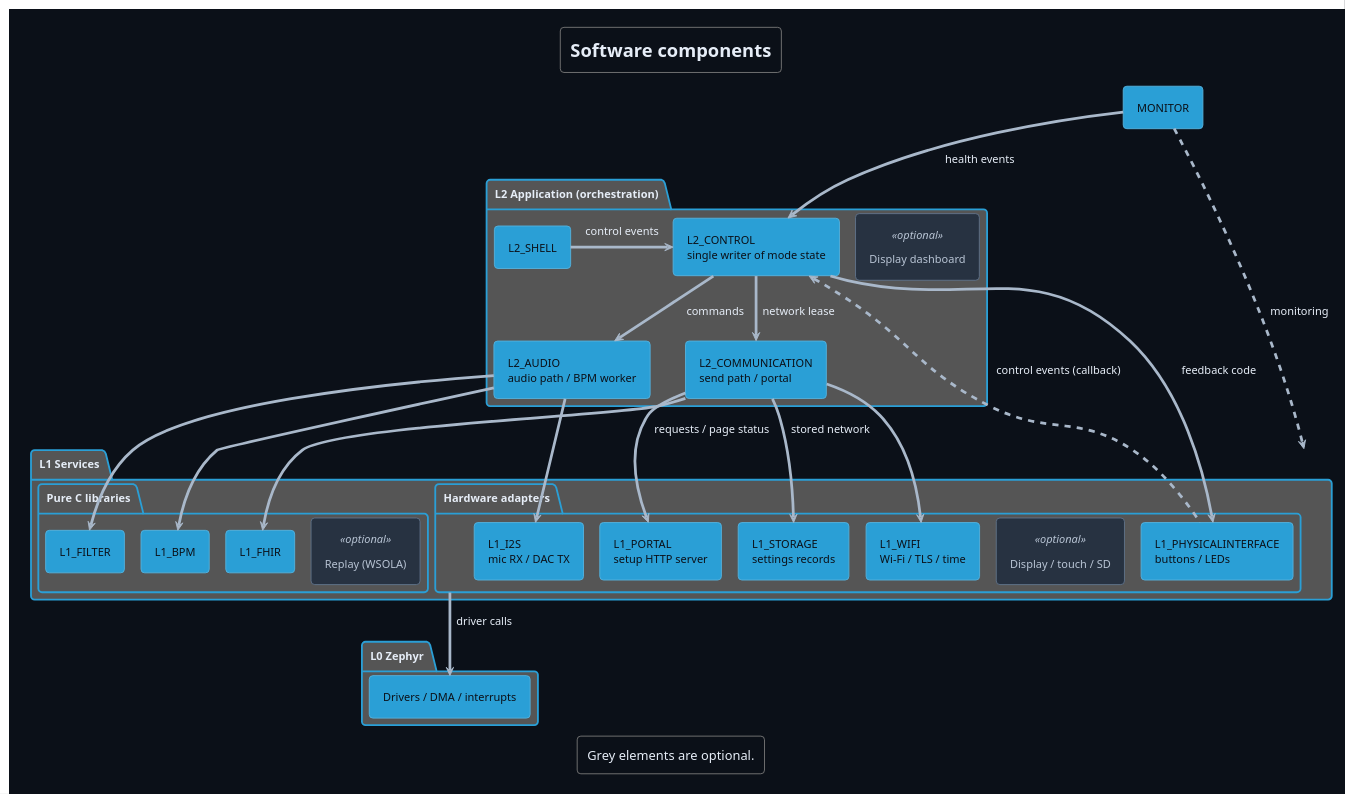
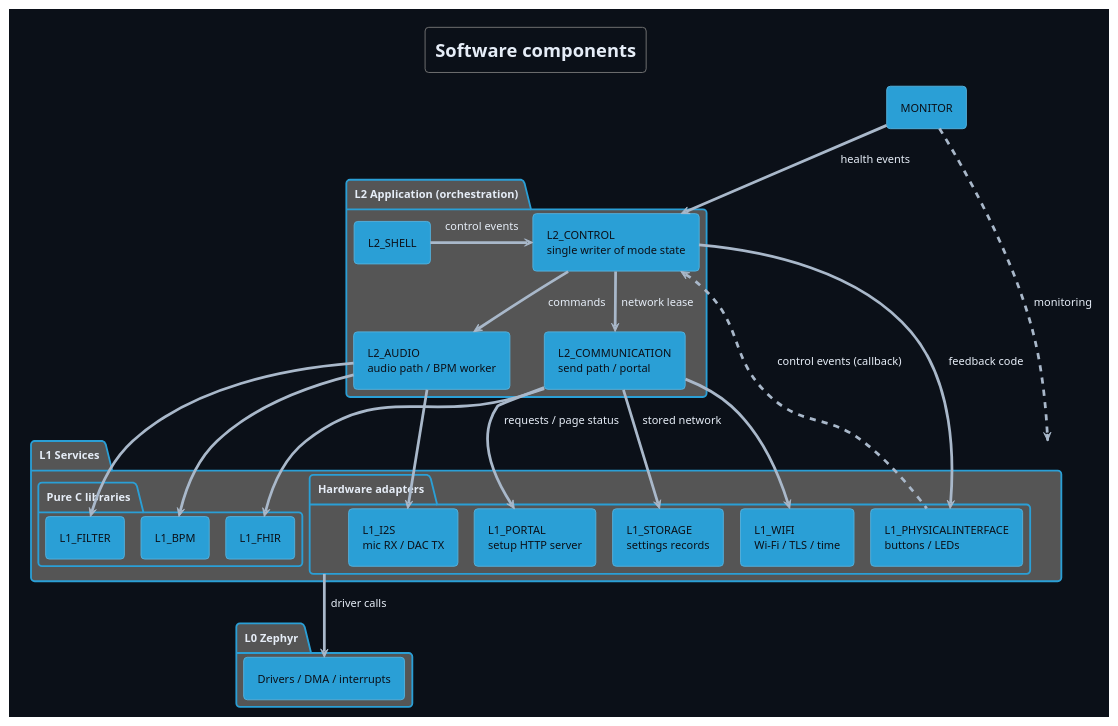
The diagram in Development/system/architecture/system/puml/software-components.puml (DemonicPsychoII/DigitalStethoscope), drawn with PlantUML before and after one commit. The commit also changed 24 other files, not shown here.

First line of the commit message:
documentation: remove the functions outside the product from the architecture views

```diff
--- a/Development/system/architecture/system/puml/software-components.puml
+++ b/Development/system/architecture/system/puml/software-components.puml
@@ -1,76 +1,67 @@
 @startuml software_components
 !theme cyborg
 !pragma layout smetana
 skinparam shadowing false
 skinparam backgroundColor #0b1018
 skinparam defaultFontColor #e6edf7
 skinparam ArrowColor #a9b8ca
 skinparam component {
  FontColor #0b1018
  BackgroundColor<<optional>> #273241
  BorderColor<<optional>> #61738a
  FontColor<<optional>> #b8c4d4
 }
 skinparam artifact {
  BackgroundColor<<optional>> #273241
  BorderColor<<optional>> #61738a
  FontColor<<optional>> #b8c4d4
 }
 skinparam componentStyle rectangle
 skinparam defaultFontName SansSerif
 title Software components
 top to bottom direction
 component "MONITOR" as mon
 package "L2 Application (orchestration)" as app {
  component "L2_SHELL" as shell
  component "L2_CONTROL\nsingle writer of mode state" as ctl
  component "L2_AUDIO\naudio path / BPM worker" as aud
  component "L2_COMMUNICATION\nsend path / portal" as com
- component "Display dashboard" as ui <<optional>>
  shell -[hidden]right-> ctl
- ctl -[hidden]right-> ui
 }
 package "L1 Services" as services {
  package "Hardware adapters" as adapters {
   component "L1_PHYSICALINTERFACE\nbuttons / LEDs" as phy
   component "L1_I2S\nmic RX / DAC TX" as i2s
   component "L1_WIFI\nWi-Fi / TLS / time" as wifi
   component "L1_PORTAL\nsetup HTTP server" as portal
   component "L1_STORAGE\nsettings records" as storage
-  component "Display / touch / SD" as spi <<optional>>
   phy -[hidden]right-> i2s
   i2s -[hidden]right-> wifi
-  wifi -[hidden]right-> spi
  }
  package "Pure C libraries" as libs {
   component "L1_FILTER" as filter
   component "L1_BPM" as bpm
   component "L1_FHIR" as fhir
-  component "Replay (WSOLA)" as wsola <<optional>>
   filter -[hidden]right-> bpm
   bpm -[hidden]right-> fhir
-  fhir -[hidden]right-> wsola
  }
 }
 package "L0 Zephyr" as platform {
  component "Drivers / DMA / interrupts" as zephyr
 }
 shell -right-> ctl : control events
 ctl -down-> phy : feedback code
 phy .up.> ctl : control events (callback)
 ctl -down-> aud : commands
 ctl -down-> com : network lease
 aud -down-> i2s
 aud -down-> filter
 aud -down-> bpm
 com -down-> fhir
 com -down-> portal : requests / page status
 com -down-> wifi
 com -down-> storage : stored network
 adapters -down-> zephyr : driver calls
 mon -down-> ctl : health events
 mon ..> services : monitoring
-legend bottom
-  Grey elements are optional.
-endlegend
 @enduml
```
